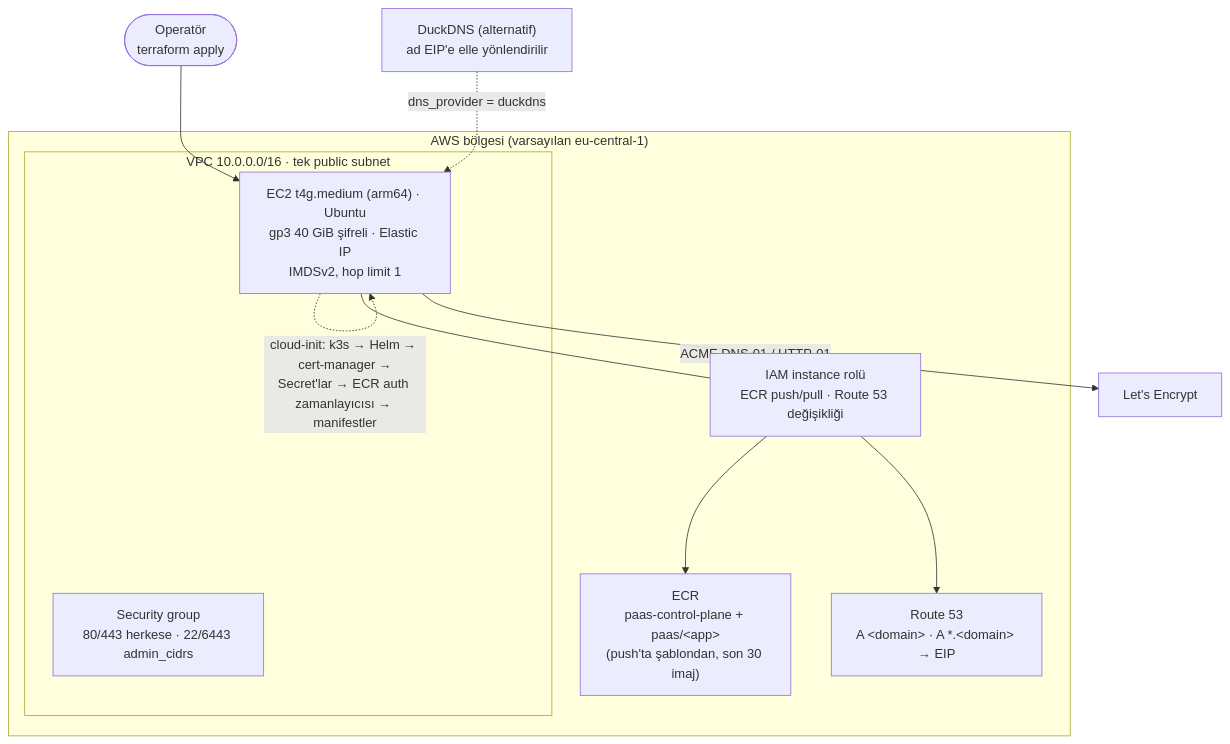
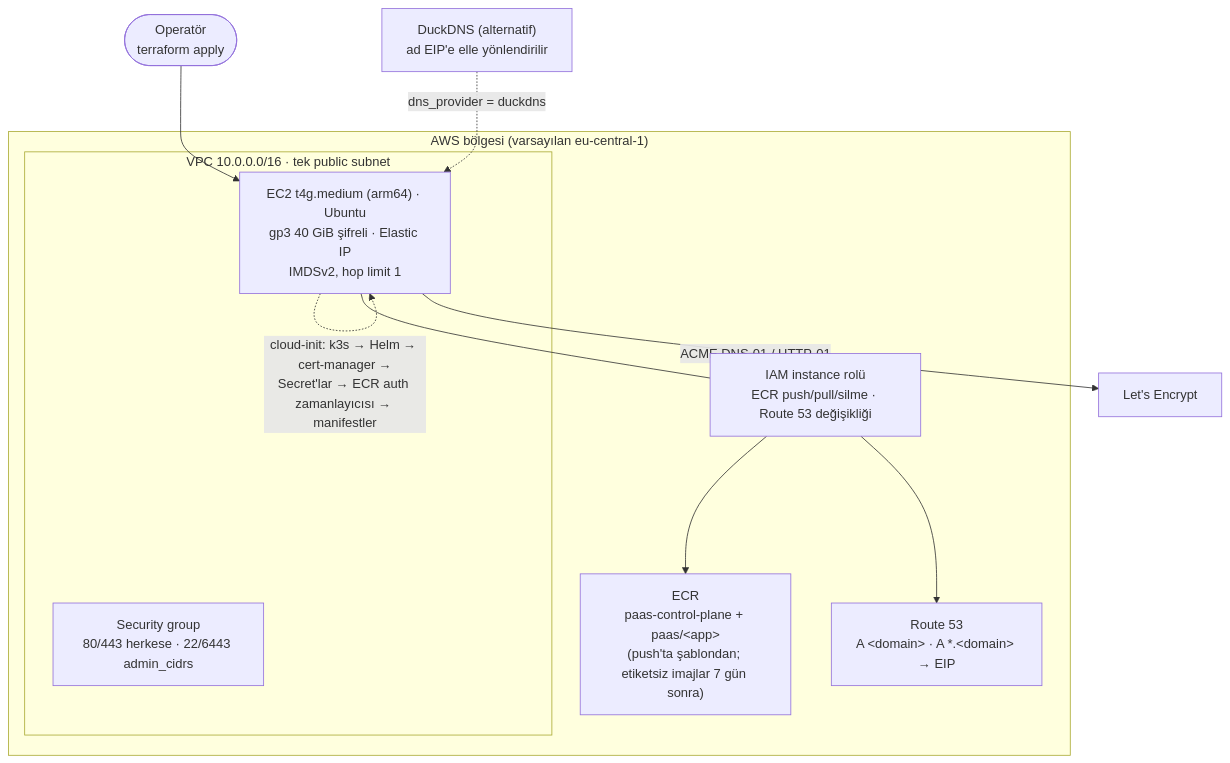
Before and after one commit to Nisagwn/paas: the ninth of 9 diagrams in docs/MIMARI.md, drawn with Mermaid. The commit also changed other lines of this file and 28 other files, not shown here.

````diff
--- a/docs/MIMARI.md
+++ b/docs/MIMARI.md
@@ -684,22 +687,22 @@
 ```mermaid
 flowchart TB
     dev(["Operatör<br/>terraform apply"])
     subgraph aws["AWS bölgesi (varsayılan eu-central-1)"]
         subgraph vpc["VPC 10.0.0.0/16 · tek public subnet"]
             sg["Security group<br/>80/443 herkese · 22/6443 admin_cidrs"]
             ec2["EC2 t4g.medium (arm64) · Ubuntu<br/>gp3 40 GiB şifreli · Elastic IP<br/>IMDSv2, hop limit 1"]
         end
-        iam["IAM instance rolü<br/>ECR push/pull · Route 53 değişikliği"]
-        ecr["ECR<br/>paas-control-plane + paas/&lt;app&gt;<br/>(push'ta şablondan, son 30 imaj)"]
+        iam["IAM instance rolü<br/>ECR push/pull/silme · Route 53 değişikliği"]
+        ecr["ECR<br/>paas-control-plane + paas/&lt;app&gt;<br/>(push'ta şablondan; etiketsiz imajlar 7 gün sonra)"]
         r53["Route 53<br/>A &lt;domain&gt; · A *.&lt;domain&gt; → EIP"]
     end
     duck["DuckDNS (alternatif)<br/>ad EIP'e elle yönlendirilir"]
     le["Let's Encrypt"]
     dev --> ec2
     ec2 --- iam
     iam --> ecr
     iam --> r53
     ec2 -. "cloud-init: k3s → Helm → cert-manager →<br/>Secret'lar → ECR auth zamanlayıcısı → manifestler" .-> ec2
     ec2 -- "ACME DNS-01 / HTTP-01" --> le
     duck -. "dns_provider = duckdns" .-> ec2
 ```
````
